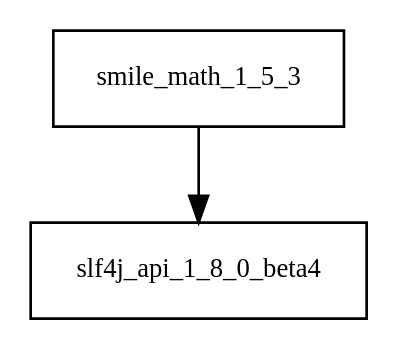
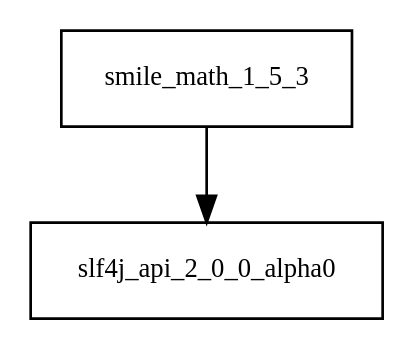
One commit to Hack23/cia changed the diagram in tattleTaleReport/graphviz/smile-math-1.5.3.jar/smile-math-1.5.3.jar.dot. Above: the diagram before and after it, drawn with Graphviz. The commit also changed 4856 other files, not shown here.

```diff
--- a/tattleTaleReport/graphviz/smile-math-1.5.3.jar/smile-math-1.5.3.jar.dot
+++ b/tattleTaleReport/graphviz/smile-math-1.5.3.jar/smile-math-1.5.3.jar.dot
@@ -1,4 +1,4 @@
 digraph smile_math_1_5_3_dependencies {
   node [shape = box, fontsize=10.0];
-  smile_math_1_5_3 -> slf4j_api_1_8_0_beta4;
+  smile_math_1_5_3 -> slf4j_api_2_0_0_alpha0;
 }
```
